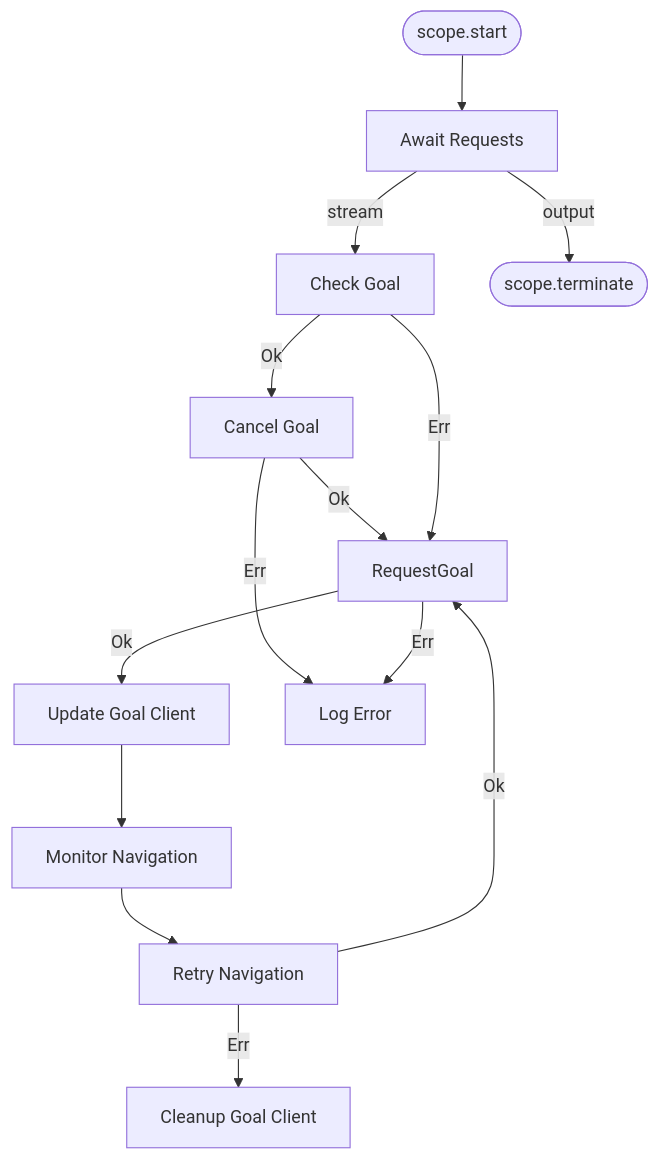
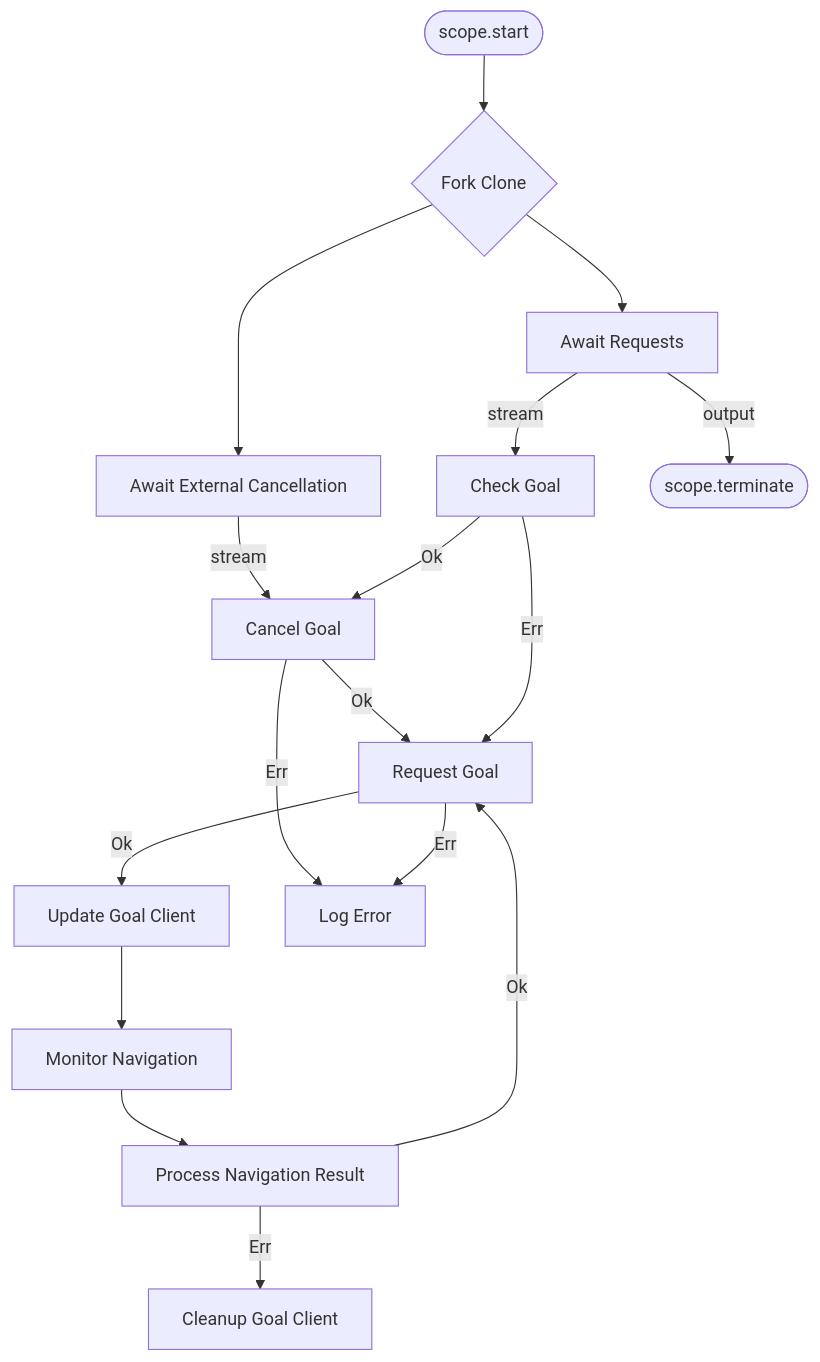
Before and after one commit to xiyuoh/next_gen_nav2_traffic: the first of 2 diagrams in README.md, drawn with Mermaid. The commit also changed other lines of this file and 3 other files, not shown here.

````diff
--- a/README.md
+++ b/README.md
@@ -10,23 +10,27 @@
 ```mermaid
 graph TD
-    Start([scope.start]) --> AwaitReq[Await Requests]
+    Start([scope.start]) --> ForkClone{Fork Clone}
     
+    ForkClone --> AwaitReq[Await Requests]
+    ForkClone --> AwaitExtCancel[Await External Cancellation]
+    
+    AwaitExtCancel -->|stream| CancelGoal[Cancel Goal]
     AwaitReq -->|stream| CheckGoal[Check Goal]
     
-    CheckGoal -->|Ok| CancelGoal[Cancel Goal]
-    CancelGoal -->|Ok| RequestGoal
+    CheckGoal -->|Ok| CancelGoal
+    CancelGoal -->|Ok| RequestGoal[Request Goal]
     
     CheckGoal -->|Err| RequestGoal
     
     RequestGoal -->|Ok| UpdateGoal[Update Goal Client]
     UpdateGoal --> MonitorGoal[Monitor Navigation]
-    MonitorGoal --> RetryNav[Retry Navigation]
+    MonitorGoal --> ProcessNav[Process Navigation Result]
 
-    RetryNav -->|Ok| RequestGoal
-    RetryNav -->|Err| CleanupGoal[Cleanup Goal Client]
+    ProcessNav -->|Ok| RequestGoal
+    ProcessNav -->|Err| CleanupGoal[Cleanup Goal Client]
     
     CancelGoal -->|Err| LogError[Log Error]
     RequestGoal -->|Err| LogError
 
     AwaitReq -->|output| Terminate([scope.terminate])
 ```
````
